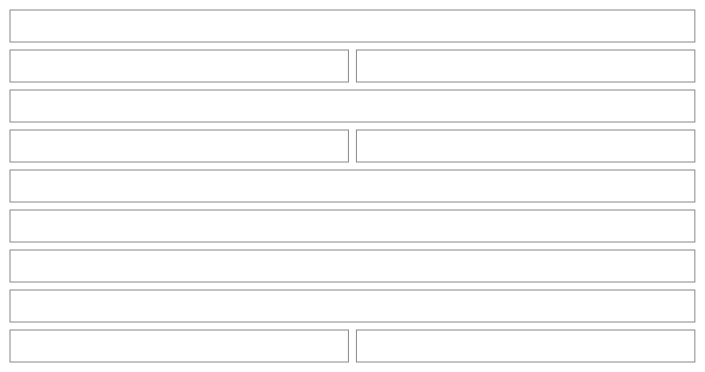
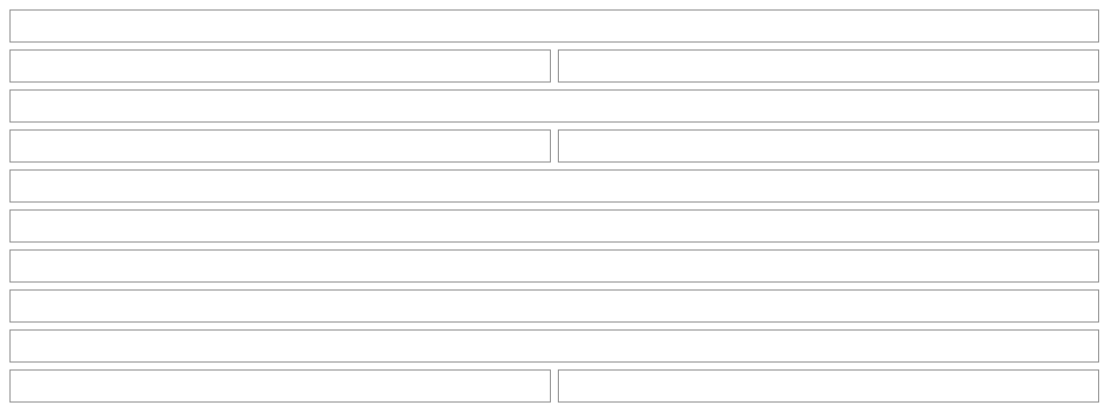
Diagram 32 of 57 in src/apps/pinch/UX.md (NovaMoonX/moondreams-dev-apps), drawn with Mermaid before and after one commit. The commit also changed other lines of this file and 25 other files, not shown here.

````diff
--- a/src/apps/pinch/UX.md
+++ b/src/apps/pinch/UX.md
@@ -1093,29 +1103,31 @@
 ```mermaid
 %%{init: {'theme': 'base', 'themeVariables': {'primaryColor': 'transparent', 'primaryBorderColor': '#888888', 'primaryTextColor': '#333333', 'lineColor': '#888888'}}}%%
 block-beta
   columns 2
-  K1["‹ Adobo chicken & 1 more"]:2
+  K1["‹ Adobo chicken & 1 more                🎙 (only where the browser can listen)"]:2
   K1b["Adobo chicken  (dish card, on screen)"]:1
   K1c["Cilantro lime rice · Step 1 of 2"]:1
   K1n["📝 Oct 13: …Next time double the garlic  ⌄"]:2
   K4["Step 2 of 3  ▬▬▬▬───"]:1
   K3["☰ Ingredients"]:1
   K5["Simmer everything with the bay leaves and pepper, covered, for 25 minutes."]:2
   K6["⏲️ Timer · 25:00   ▶ Start"]:2
   K5b["For this step · Bay leaves 2 · Black pepper 1 tsp  (quieter tinted block)"]:2
+  K7v["● Listening ⌄  Say “next” or “how much garlic”  (or Heard “next”, or Garlic: 6; the chip says Waiting, or the time left; only while voice is on, above the pills)"]:2
   K7["12:41 Marinate the chicken · 4:59 Add the vinegar  (timers in the background; a tap shows one)"]:2
   K8["Back"]:1
   K9["Next"]:1
   style K1 fill:transparent,stroke:#888888,stroke-width:1px;
   style K1b fill:transparent,stroke:#888888,stroke-width:1px;
   style K1c fill:transparent,stroke:#888888,stroke-width:1px;
   style K1n fill:transparent,stroke:#888888,stroke-width:1px;
   style K3 fill:transparent,stroke:#888888,stroke-width:1px;
   style K4 fill:transparent,stroke:#888888,stroke-width:1px;
   style K5 fill:transparent,stroke:#888888,stroke-width:1px;
   style K5b fill:transparent,stroke:#888888,stroke-width:1px;
   style K6 fill:transparent,stroke:#888888,stroke-width:1px;
   style K7 fill:transparent,stroke:#888888,stroke-width:1px;
+  style K7v fill:transparent,stroke:#888888,stroke-width:1px;
   style K8 fill:transparent,stroke:#888888,stroke-width:1px;
   style K9 fill:transparent,stroke:#888888,stroke-width:1px;
 ```
````
